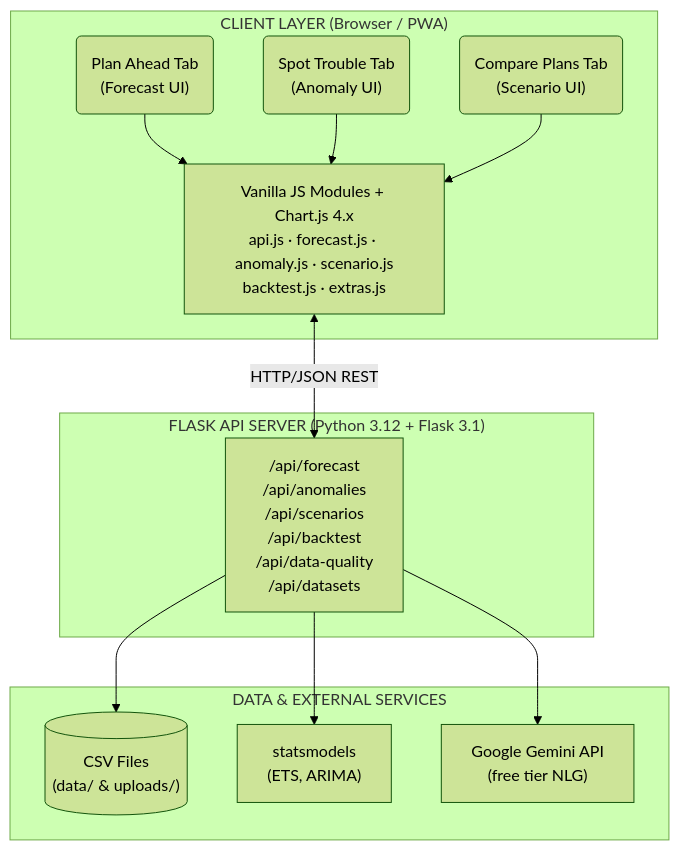
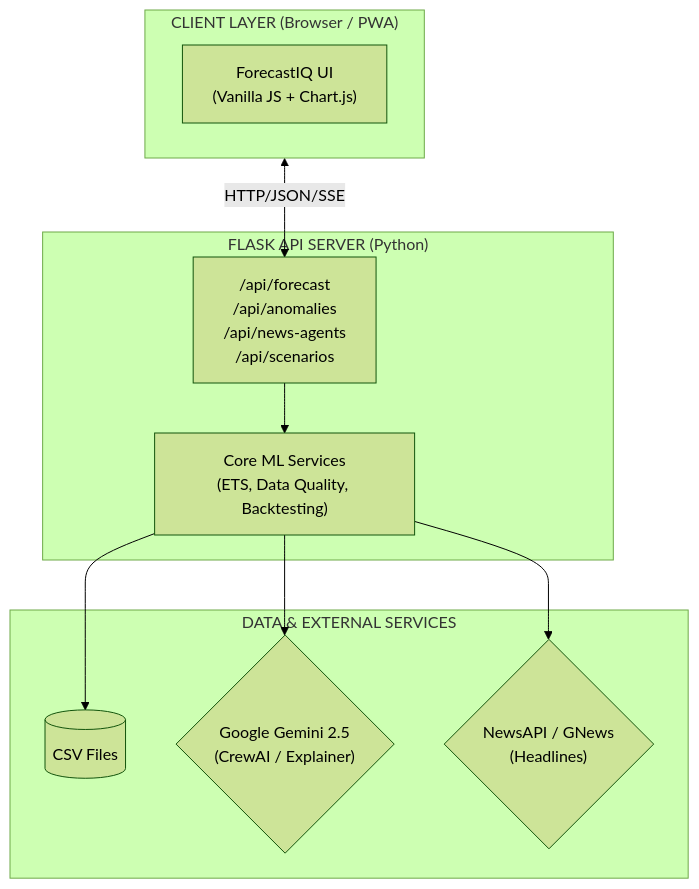
Before and after one commit to Shubh-Raj/ForecastIQ: the first of 3 diagrams in README.md, drawn with Mermaid (forest theme). The commit also changed other lines of this file and 1 other file, not shown here.

Commit message:
Updated readme with AI agents info

````diff
--- a/README.md
+++ b/README.md
@@ -54,27 +45,23 @@
 ```mermaid
 flowchart TD
     subgraph Client ["CLIENT LAYER (Browser / PWA)"]
-        F1("Plan Ahead Tab\n(Forecast UI)")
-        A1("Spot Trouble Tab\n(Anomaly UI)")
-        S1("Compare Plans Tab\n(Scenario UI)")
-        
-        JS["Vanilla JS Modules + Chart.js 4.x\napi.js · forecast.js · anomaly.js · scenario.js\nbacktest.js · extras.js"]
-        
-        F1 & A1 & S1 --> JS
+        UI["ForecastIQ UI\n(Vanilla JS + Chart.js)"]
     end
 
-    subgraph API ["FLASK API SERVER (Python 3.12 + Flask 3.1)"]
-        Routes["/api/forecast\n/api/anomalies\n/api/scenarios\n/api/backtest\n/api/data-quality\n/api/datasets"]
+    subgraph API ["FLASK API SERVER (Python)"]
+        Routes["/api/forecast\n/api/anomalies\n/api/news-agents\n/api/scenarios"]
+        Services["Core ML Services\n(ETS, Data Quality, Backtesting)"]
+        Routes --> Services
     end
 
     subgraph External ["DATA & EXTERNAL SERVICES"]
-        CSV[("CSV Files\n(data/ & uploads/)")]
-        Stats["statsmodels\n(ETS, ARIMA)"]
-        GCP["Google Gemini API\n(free tier NLG)"]
+        CSV[("CSV Files")]
+        Gemini{"Google Gemini 2.5\n(CrewAI / Explainer)"}
+        News{"NewsAPI / GNews\n(Headlines)"}
     end
 
-    JS <-->|HTTP/JSON REST| Routes
-    Routes --> CSV
-    Routes --> Stats
-    Routes --> GCP
+    Client <-->|HTTP/JSON/SSE| Routes
+    Services --> CSV
+    Services --> Gemini
+    Services --> News
 ```
````
